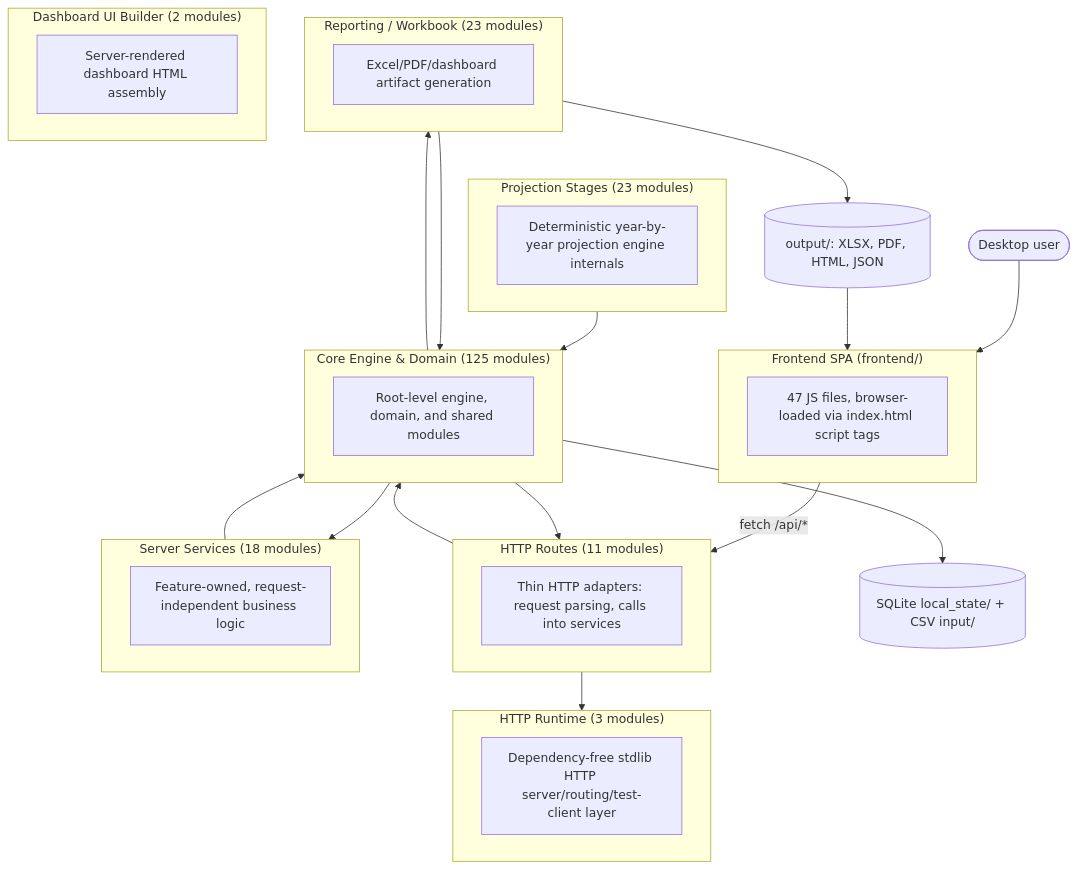
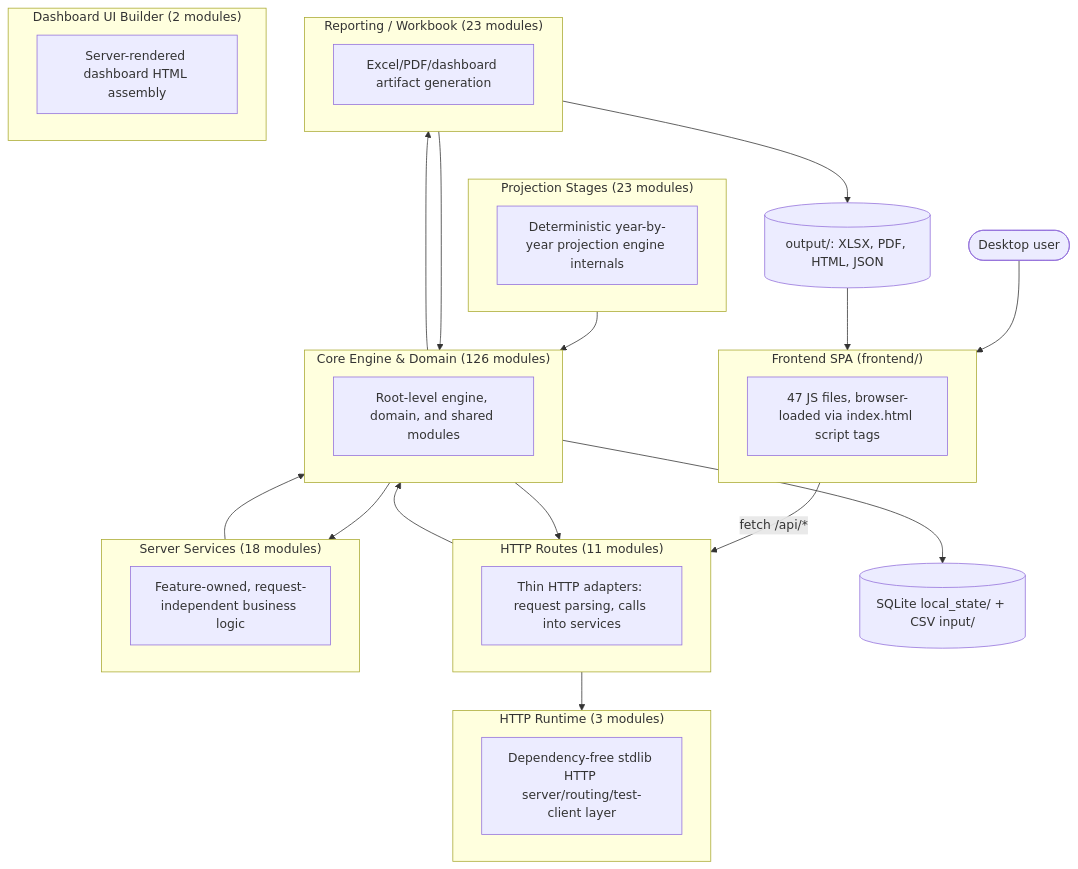
The first of 2 diagrams in documentation/reference/SYSTEM_ARCHITECTURE_DIAGRAM.md (matthartzman/retirement_system), drawn with Mermaid before and after one commit. The commit also changed other lines of this file and 20 other files, not shown here.

````diff
--- a/documentation/reference/SYSTEM_ARCHITECTURE_DIAGRAM.md
+++ b/documentation/reference/SYSTEM_ARCHITECTURE_DIAGRAM.md
@@ -11,40 +11,40 @@
 ```mermaid
 flowchart TB
     User(["Desktop user"]) --> FE
     subgraph FE["Frontend SPA (frontend/)"]
         FEcount["47 JS files, browser-loaded via index.html script tags"]
     end
     FE -->|fetch /api/*| L_HTTP_Routes
     subgraph L_HTTP_Routes["HTTP Routes (11 modules)"]
         L_HTTP_Routes_d["Thin HTTP adapters: request parsing, calls into services"]
     end
     subgraph L_Server_Services["Server Services (18 modules)"]
         L_Server_Services_d["Feature-owned, request-independent business logic"]
     end
     subgraph L_HTTP_Runtime["HTTP Runtime (3 modules)"]
         L_HTTP_Runtime_d["Dependency-free stdlib HTTP server/routing/test-client layer"]
     end
-    subgraph L_Core_Engine___Domain["Core Engine & Domain (125 modules)"]
+    subgraph L_Core_Engine___Domain["Core Engine & Domain (126 modules)"]
         L_Core_Engine___Domain_d["Root-level engine, domain, and shared modules"]
     end
     subgraph L_Projection_Stages["Projection Stages (23 modules)"]
         L_Projection_Stages_d["Deterministic year-by-year projection engine internals"]
     end
     subgraph L_Reporting___Workbook["Reporting / Workbook (23 modules)"]
         L_Reporting___Workbook_d["Excel/PDF/dashboard artifact generation"]
     end
     subgraph L_Dashboard_UI_Builder["Dashboard UI Builder (2 modules)"]
         L_Dashboard_UI_Builder_d["Server-rendered dashboard HTML assembly"]
     end
     L_Core_Engine___Domain --> L_HTTP_Routes
     L_Core_Engine___Domain --> L_Reporting___Workbook
     L_Core_Engine___Domain --> L_Server_Services
     L_HTTP_Routes --> L_Core_Engine___Domain
     L_HTTP_Routes --> L_HTTP_Runtime
     L_Projection_Stages --> L_Core_Engine___Domain
     L_Reporting___Workbook --> L_Core_Engine___Domain
     L_Server_Services --> L_Core_Engine___Domain
     L_Core_Engine___Domain --> DB[("SQLite local_state/ + CSV input/")]
     L_Reporting___Workbook --> Outputs[("output/: XLSX, PDF, HTML, JSON")]
     Outputs --> FE
 ```
````
